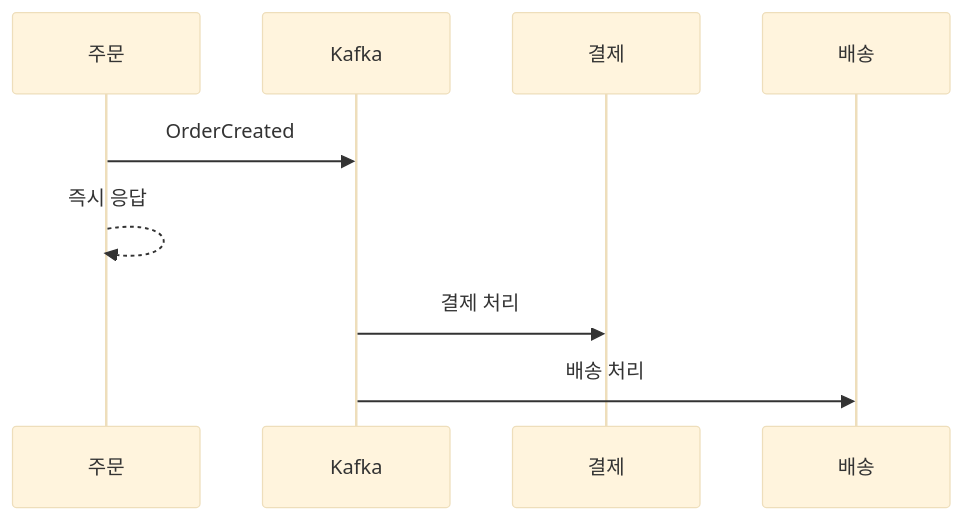
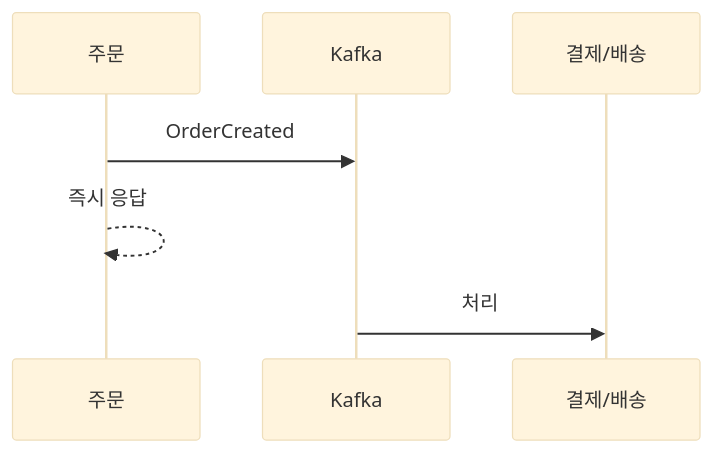
The eighth of 15 diagrams in _posts/architecture/2026-05-02-msa-deep.md (yjkim2015/yjkim2015.github.io), drawn with Mermaid (base theme) before and after one commit. The commit also changed other lines of this file and 155 other files, not shown here.

First line of the commit message:
Mermaid 전면 수정: subgraph 제거, participant/노드/줄수 축소 (342블록)

````diff
--- a/_posts/architecture/2026-05-02-msa-deep.md
+++ b/_posts/architecture/2026-05-02-msa-deep.md
@@ -211,11 +205,9 @@
 ```mermaid
 sequenceDiagram
     participant OS as 주문
     participant K as Kafka
-    participant PS as 결제
-    participant DS as 배송
+    participant PS as 결제/배송
     OS->>K: OrderCreated
     OS-->>OS: 즉시 응답
-    K->>PS: 결제 처리
-    K->>DS: 배송 처리
+    K->>PS: 처리
 ```
````
